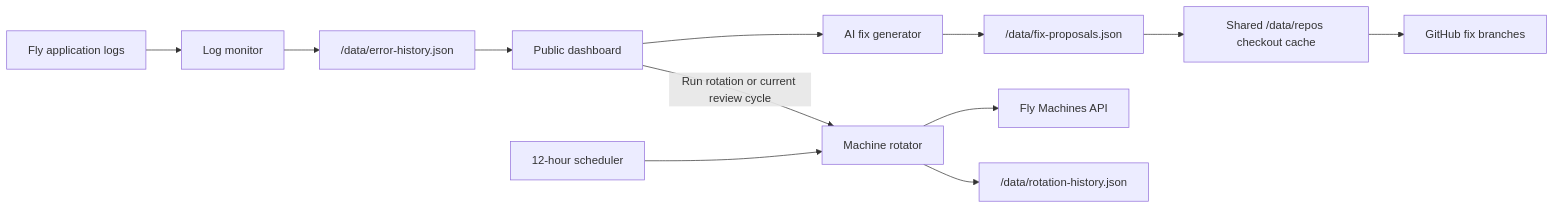
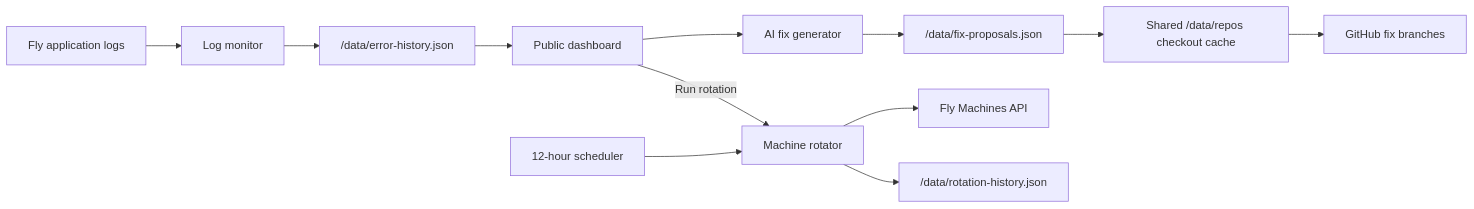
One commit to Mtman1987/fly-machine-rotator changed the first of 2 diagrams in docs/PRODUCTION_DESIGN_AND_SIMULATION.md. Above: the diagram before and after it, drawn with Mermaid. The commit also changed other lines of this file and 7 other files, not shown here.

````diff
--- a/docs/PRODUCTION_DESIGN_AND_SIMULATION.md
+++ b/docs/PRODUCTION_DESIGN_AND_SIMULATION.md
@@ -35,15 +35,15 @@
 ```mermaid
 flowchart LR
     L["Fly application logs"] --> M["Log monitor"]
     M --> E["/data/error-history.json"]
     E --> D["Public dashboard"]
     D --> R["AI fix generator"]
     R --> F["/data/fix-proposals.json"]
     F --> C["Shared /data/repos checkout cache"]
     C --> G["GitHub fix branches"]
 
     S["12-hour scheduler"] --> X["Machine rotator"]
-    D -->|"Run rotation or current review cycle"| X
+    D -->|"Run rotation"| X
     X --> A["Fly Machines API"]
     X --> H["/data/rotation-history.json"]
 ```
````
